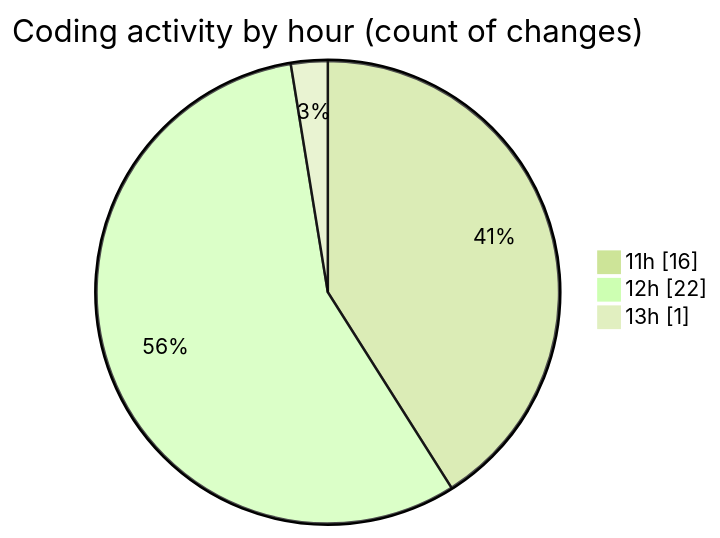
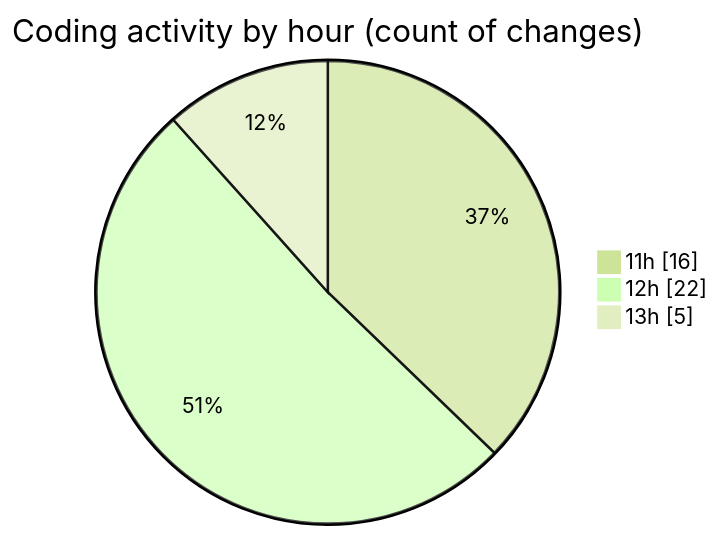
Before and after one commit to donsfak/code-tracking: the second of 2 diagrams in 2025-03-25/wordle/README.md, drawn with Mermaid (forest theme). The commit also changed other lines of this file and 1 other file, not shown here.

````diff
--- a/2025-03-25/wordle/README.md
+++ b/2025-03-25/wordle/README.md
@@ -34,7 +34,7 @@
 ```mermaid
 pie showData
 title Coding activity by hour (count of changes)
 "11h" : 16
 "12h" : 22
-"13h" : 1
+"13h" : 5
 ```
````
